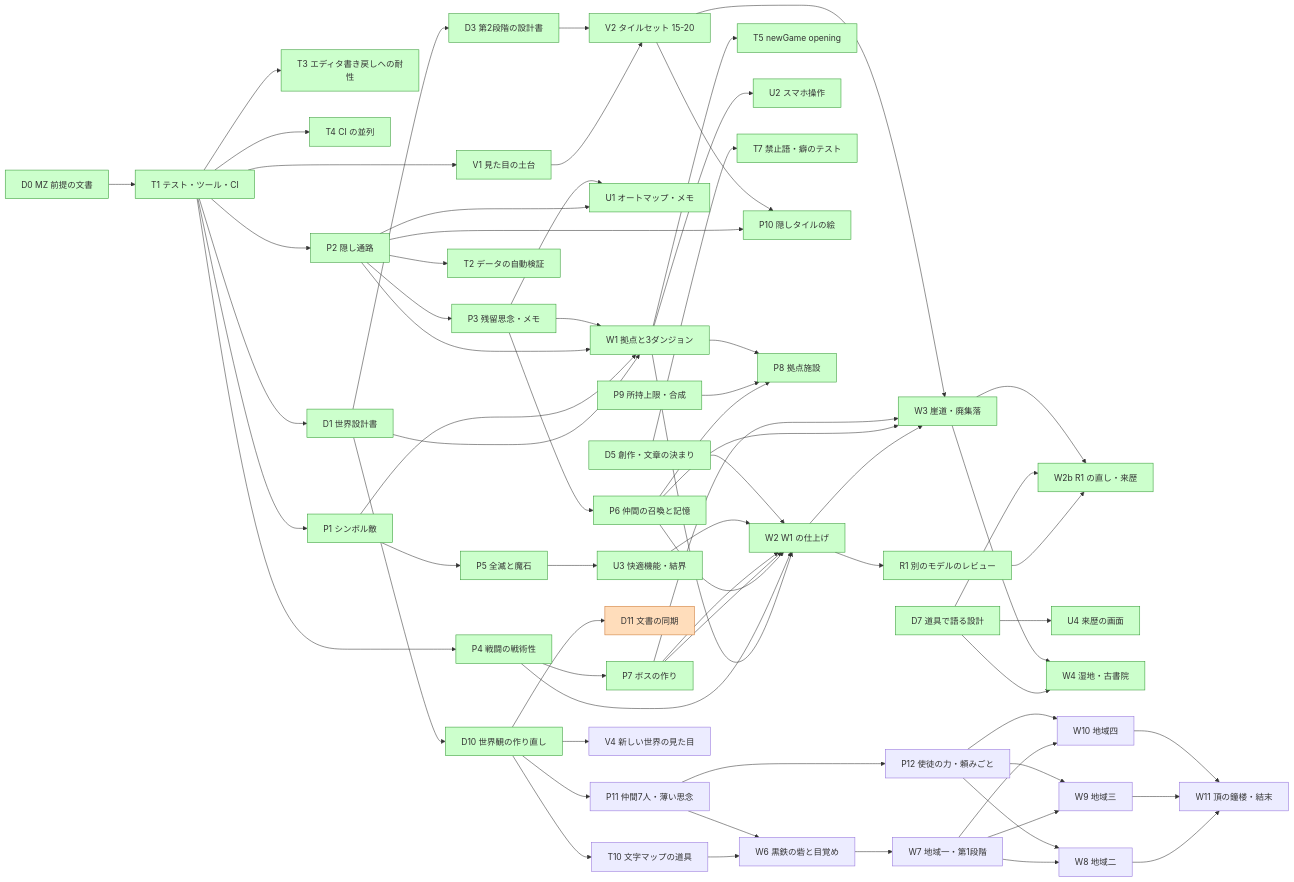
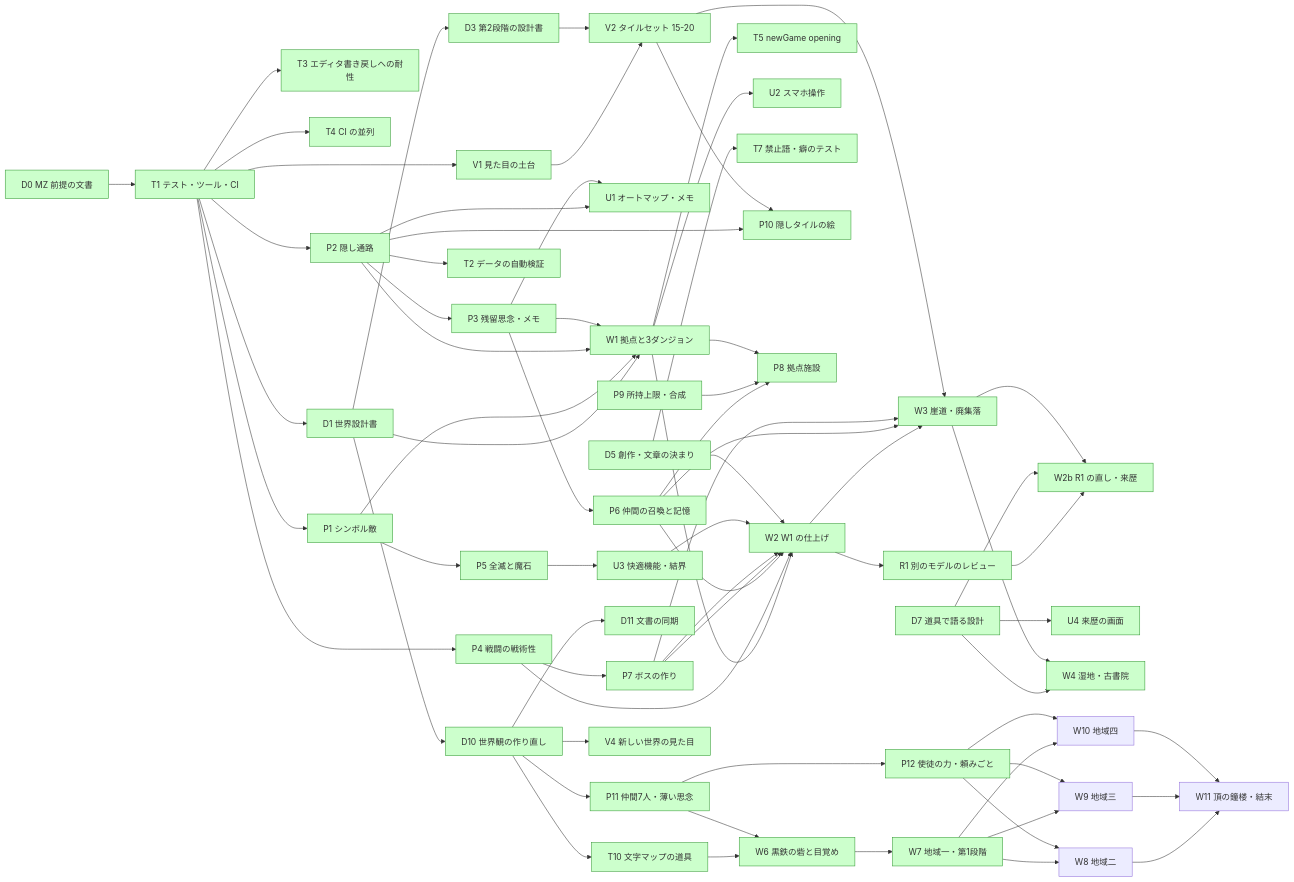
Before and after one commit to nakaba9696/-RPG: the diagram in docs/ROADMAP.md, drawn with Mermaid. The commit also changed other lines of this file, not shown here.

Commit message:
D13：ROADMAP を main に同期（波6 のチェック・8 シャード・決定待ちの一覧・子の上限 5 本）

````diff
--- a/docs/ROADMAP.md
+++ b/docs/ROADMAP.md
@@ -262,75 +267,76 @@
 ```mermaid
 graph LR
   D0[D0 MZ 前提の文書] --> T1[T1 テスト・ツール・CI]
   T1 --> T3[T3 エディタ書き戻しへの耐性]
   T1 --> T4[T4 CI の並列]
   T1 --> P1[P1 シンボル敵]
   T1 --> P2[P2 隠し通路]
   T1 --> D1[D1 世界設計書]
   T1 --> V1[V1 見た目の土台]
   P2 --> P3[P3 残留思念・メモ]
   T1 --> P4[P4 戦闘の戦術性]
   P1 --> P5[P5 全滅と魔石]
   D1 --> W1[W1 拠点と3ダンジョン]
   P1 --> W1
   P2 --> W1
   P3 --> W1
   P2 --> U1[U1 オートマップ・メモ]
   P3 --> U1
   P2 --> T2[T2 データの自動検証]
   P3 --> P6[P6 仲間の召喚と記憶]
   P4 --> P7[P7 ボスの作り]
   W1 --> W2[W2 W1 の仕上げ]
   P4 --> W2
   P6 --> W2
   P7 --> W2
   W1 --> T5[T5 newGame opening]
   W1 --> U2[U2 スマホ操作]
   D1 --> D3[D3 第2段階の設計書]
   V1 --> V2[V2 タイルセット 15-20]
   D3 --> V2
   D5[D5 創作・文章の決まり] --> T7[T7 禁止語・癖のテスト]
   P2 --> P10[P10 隠しタイルの絵]
   V2 --> P10
   P5 --> U3[U3 快適機能・結界]
   P6 --> P8[P8 拠点施設]
   P9[P9 所持上限・合成] --> P8
   W1 --> P8
   P7 --> W2
   U3 --> W2
   D5 --> W2
   W2 --> R1[R1 別のモデルのレビュー]
   R1 --> W2b[W2b R1 の直し・来歴]
   D7[D7 道具で語る設計] --> U4[U4 来歴の画面]
   D7 --> W2b
   D7 --> W4[W4 湿地・古書院]
   W3 --> W2b
   W2 --> W3[W3 崖道・廃集落]
   P6 --> W3
   P7 --> W3
   V2 --> W3
   W3 --> W4
   D1 --> D10[D10 世界観の作り直し]
   D10 --> D11[D11 文書の同期]
   D10 --> T10[T10 文字マップの道具]
   D10 --> P11[P11 仲間7人・薄い思念]
   D10 --> V4[V4 新しい世界の見た目]
   P11 --> P12[P12 使徒の力・頼みごと]
   T10 --> W6[W6 黒鉄の砦と目覚め]
   P11 --> W6
   W6 --> W7[W7 地域一・第1段階]
   W7 --> W8[W8 地域二]
   W7 --> W9[W9 地域三]
   W7 --> W10[W10 地域四]
   P12 --> W8
   P12 --> W9
   P12 --> W10
   W8 --> W11[W11 頂の鐘楼・結末]
   W9 --> W11
   W10 --> W11
   classDef done fill:#cfc,stroke:#393
   classDef wait fill:#ffc,stroke:#aa3
   classDef doing fill:#fdb,stroke:#c73
+  class D11,T10,P11,V4,P12,W6,W7,T11 done
   class D0,T1,T3,T4,P1,P2,D1,V1,P3,P5,T2,W1,U2,D3,V2,P4,U1,P6,U3,P9,P10,T5,D5,T7,P7,P8,W2,W3,R1,D7,U4,T8,W2b,W4,D10 done
-  class D11 doing
+  class D12,D13 doing
 ```
````
